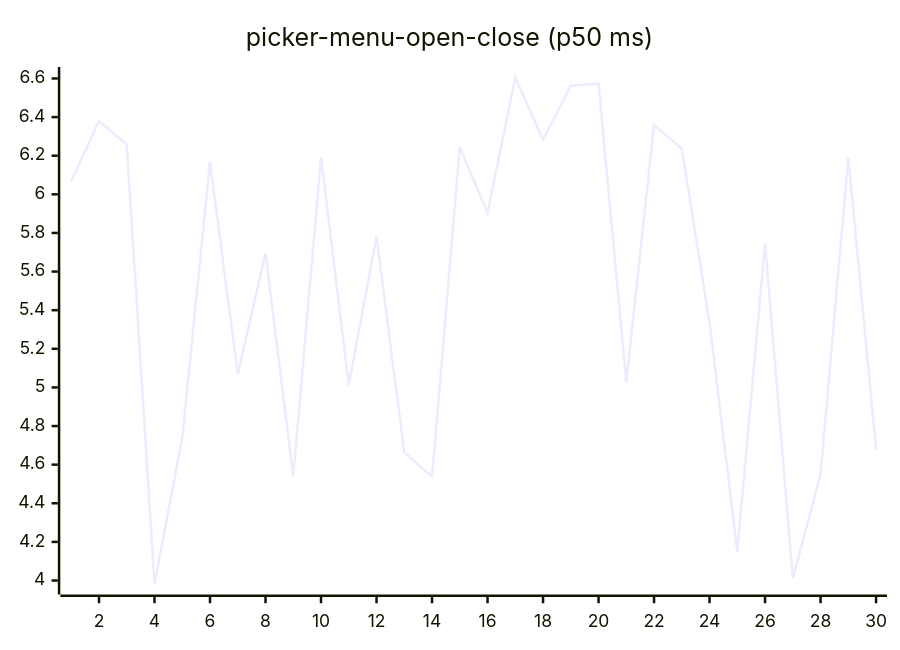
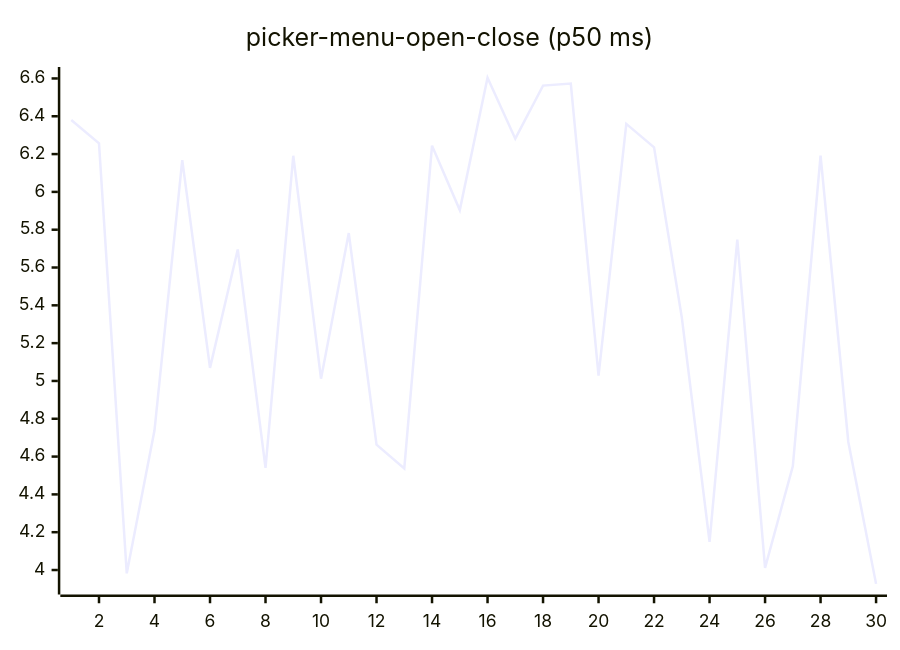
One commit to josha/Facet changed diagram 16 of 27 in README.md. Above: the diagram before and after it, drawn with Mermaid. The commit also changed other lines of this file and 2 other files, not shown here.

````diff
--- a/README.md
+++ b/README.md
@@ -168,6 +168,6 @@
 ```mermaid
 xychart-beta
     title "picker-menu-open-close (p50 ms)"
     x-axis 1 --> 30
-    line [6.0678, 6.3801, 6.2569, 3.9826, 4.7388, 6.1676, 5.0690, 5.6954, 4.5402, 6.1912, 5.0120, 5.7822, 4.6627, 4.5372, 6.2442, 5.9038, 6.6044, 6.2815, 6.5623, 6.5728, 5.0278, 6.3599, 6.2355, 5.3362, 4.1492, 5.7473, 4.0112, 4.5489, 6.1919, 4.6774]
+    line [6.3801, 6.2569, 3.9826, 4.7388, 6.1676, 5.0690, 5.6954, 4.5402, 6.1912, 5.0120, 5.7822, 4.6627, 4.5372, 6.2442, 5.9038, 6.6044, 6.2815, 6.5623, 6.5728, 5.0278, 6.3599, 6.2355, 5.3362, 4.1492, 5.7473, 4.0112, 4.5489, 6.1919, 4.6774, 3.9267]
 ```
````
